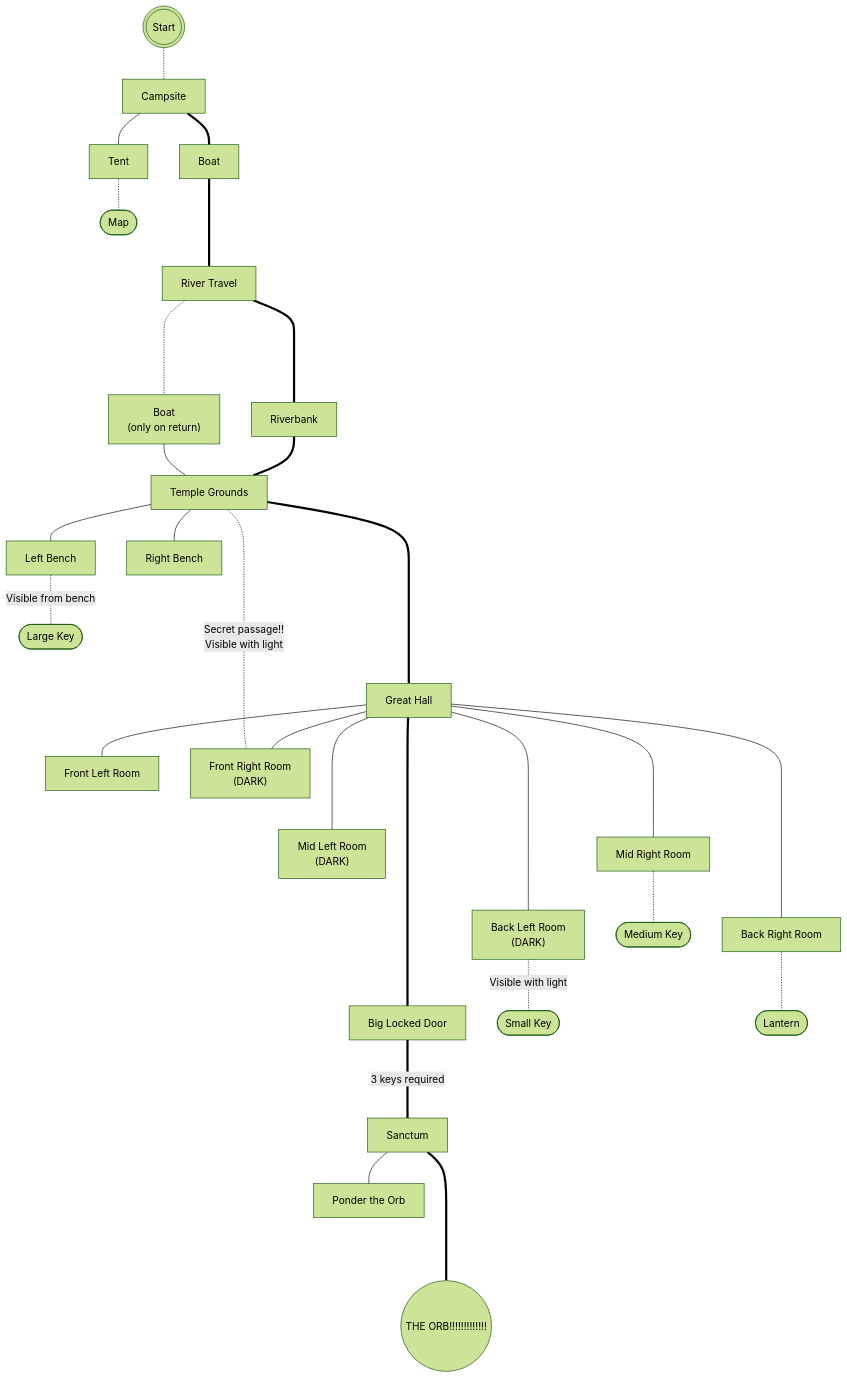
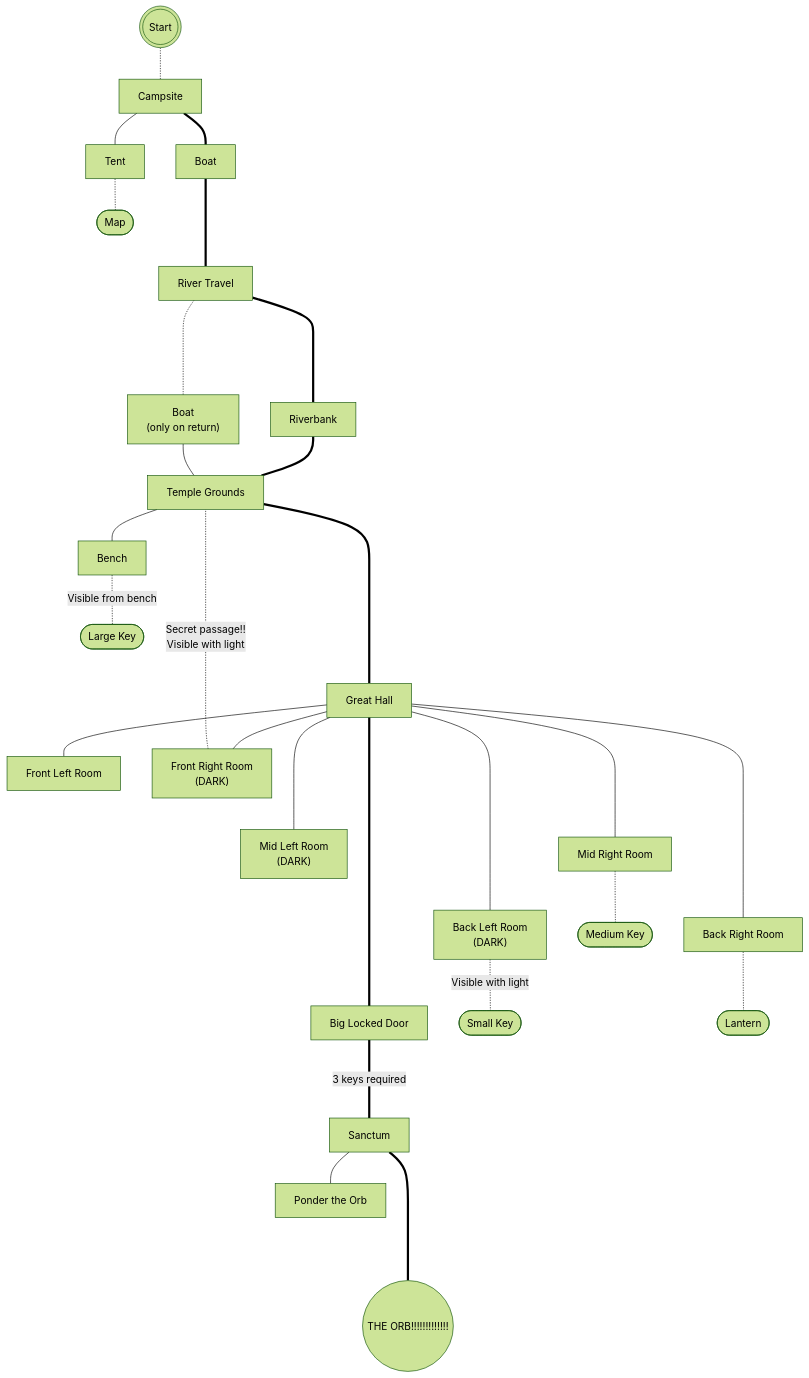
Before and after one commit to UnPolloLoco/UnPolloLoco.github.io: the diagram in projects/game/README.md, drawn with Mermaid (forest theme). The commit also changed other lines of this file and 2 other files, not shown here.

````diff
--- a/projects/game/README.md
+++ b/projects/game/README.md
@@ -13,40 +13,40 @@
 ```mermaid
 graph TD;
     s(((Start))) -.- Campsite
     Campsite --- Tent
     Tent -.- mnc(["Map"])
     Campsite === Boat
     Boat ==== river["River Travel"]
     river =====  Riverbank
 
     Riverbank === grounds["Temple Grounds"]
     river -.- b2["Boat
                 (only on return)"] --- grounds
-    grounds --- lb["Left Bench"] & rb["Right Bench"]
-    lb -.-|Visible from bench| large(["Large Key"])
+    grounds --- Bench
+    Bench -.-|Visible from bench| large(["Large Key"])
     grounds ===== hall["Great Hall"]
 
 
     hall ====== door["Big Locked Door"]
     hall --- fl["Front Left Room"]
     hall ---- ml["Mid Left Room
                   (DARK)"]
     hall ----- bl["Back Left Room 
                   (DARK)"]
     hall --- fr["Front Right Room
                  (DARK)"]
     hall ---- mr["Mid Right Room"]
     hall ----- br["Back Right Room"]
 
 
     fr -.-|Secret passage!!
            Visible with light| grounds
     bl -.-|Visible with light| small(["Small Key"])
     mr -.- medium(["Medium Key"])
     br -.- lant([Lantern])
 
 
     door ====|3 keys required| Sanctum
     Sanctum --- admire["Ponder the Orb"]
     Sanctum ===== orb(("THE ORB!!!!!!!!!!!!!"))
 ```
````
